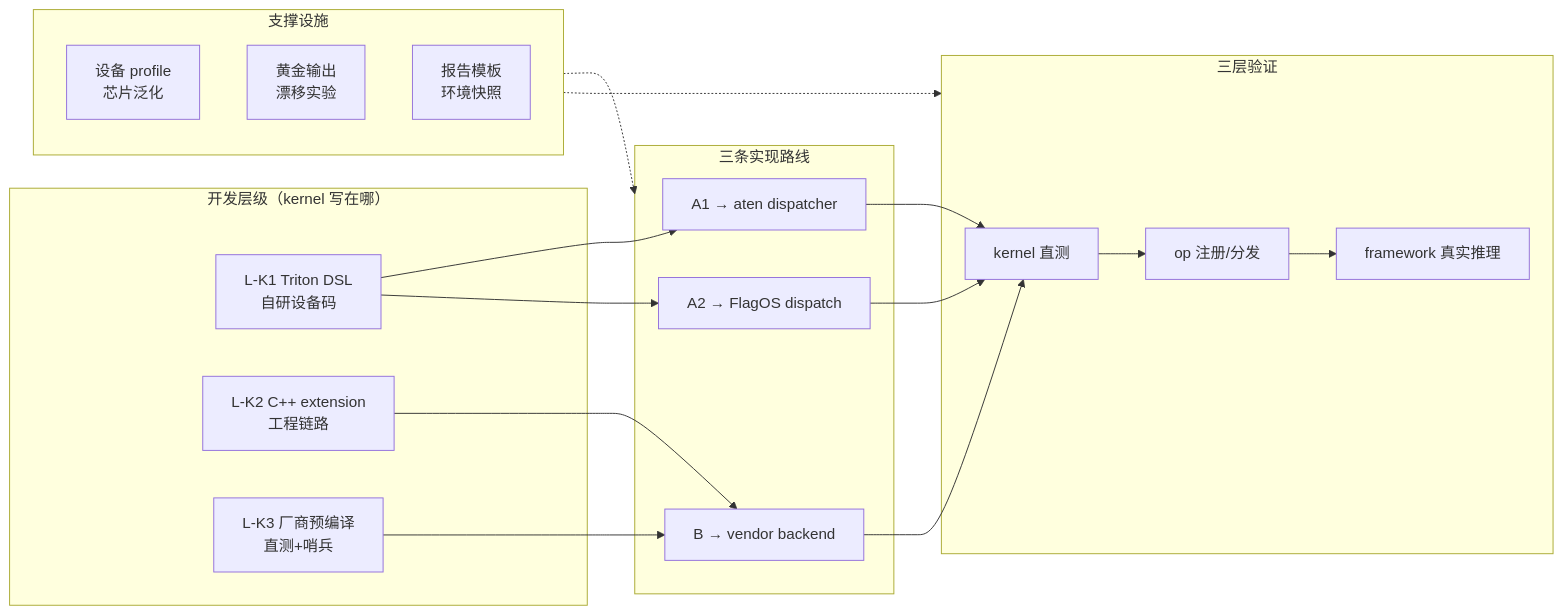
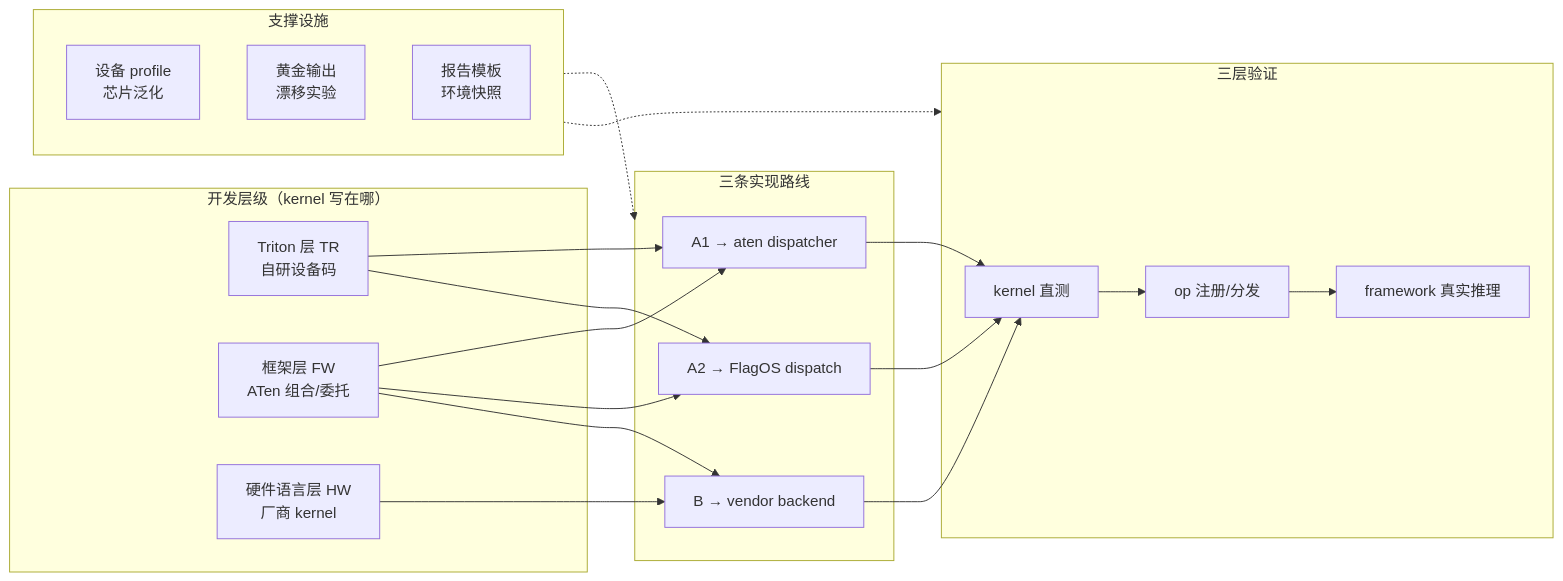
The diagram in README.md (FLAG-OP/FlagOS-OP), drawn with Mermaid before and after one commit. The commit also changed 4 other files, not shown here.

````diff
--- a/README.md
+++ b/README.md
@@ -20,27 +20,28 @@
 ```mermaid
 flowchart LR
     subgraph DEV["开发层级（kernel 写在哪）"]
-        K1["L-K1 Triton DSL<br/>自研设备码"]
-        K2["L-K2 C++ extension<br/>工程链路"]
-        K3["L-K3 厂商预编译<br/>直测+哨兵"]
+        K1["Triton 层 TR<br/>自研设备码"]
+        K2["框架层 FW<br/>ATen 组合/委托"]
+        K3["硬件语言层 HW<br/>厂商 kernel"]
     end
     subgraph ROUTES["三条实现路线"]
         A1["A1 → aten dispatcher"]
         A2["A2 → FlagOS dispatch"]
         B["B → vendor backend"]
     end
     subgraph TEST["三层验证"]
         T1["kernel 直测"]
         T2["op 注册/分发"]
         T3["framework 真实推理"]
     end
     subgraph SUPPORT["支撑设施"]
         S1["设备 profile<br/>芯片泛化"]
         S2["黄金输出<br/>漂移实验"]
         S3["报告模板<br/>环境快照"]
     end
     K1 --> A1 & A2
-    K2 & K3 --> B
+    K2 --> A1 & A2 & B
+    K3 --> B
     A1 & A2 & B --> T1 --> T2 --> T3
     SUPPORT -.-> ROUTES & TEST
 ```
````
